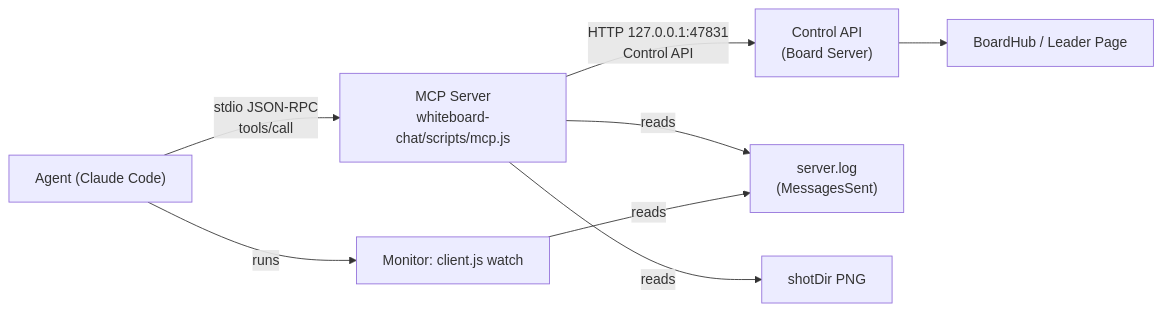
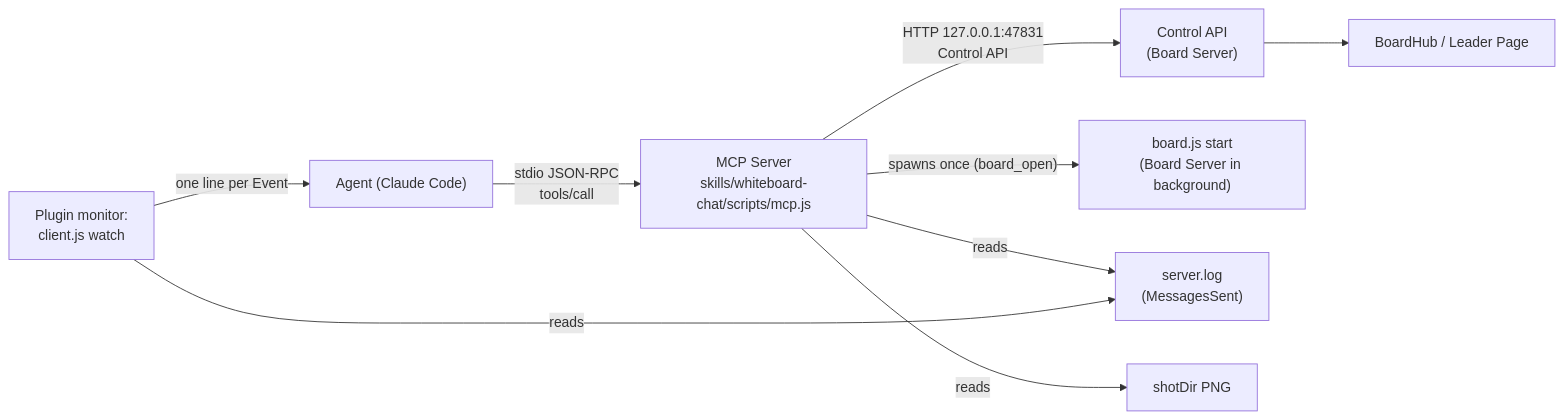
The diagram in docs/design-060-mcp-en.md (GoodRelax/gr-whiteboard), drawn with Mermaid before and after one commit. The commit also changed other lines of this file and 27 other files, not shown here.

First line of the commit message:
Turn the board into MCP tools in a Claude Code plugin (0.6.0)

````diff
--- a/docs/design-060-mcp-en.md
+++ b/docs/design-060-mcp-en.md
@@ -69,10 +82,11 @@
 ```mermaid
 graph LR
-  AG["Agent (Claude Code)"] -->|"stdio JSON-RPC<br/>tools/call"| MCP["MCP Server<br/>whiteboard-chat/scripts/mcp.js"]
+  AG["Agent (Claude Code)"] -->|"stdio JSON-RPC<br/>tools/call"| MCP["MCP Server<br/>skills/whiteboard-chat/scripts/mcp.js"]
   MCP -->|"HTTP 127.0.0.1:47831<br/>Control API"| CA["Control API<br/>(Board Server)"]
+  MCP -->|"spawns once (board_open)"| BS["board.js start<br/>(Board Server in background)"]
   MCP -->|"reads"| LOG["server.log<br/>(MessagesSent)"]
   MCP -->|"reads"| PNG["shotDir PNG"]
-  MON["Monitor: client.js watch"] -->|"reads"| LOG
-  AG -->|"runs"| MON
+  MON["Plugin monitor:<br/>client.js watch"] -->|"reads"| LOG
+  MON -->|"one line per Event"| AG
   CA --> HUB["BoardHub / Leader Page"]
 ```
````
